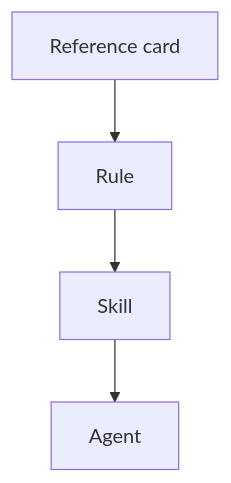
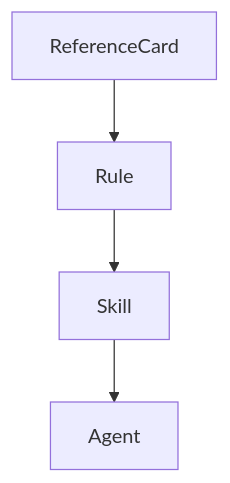
One commit to AnatoliBu/sh changed the diagram in sysadmin-analytics-agent-kb/shared/rules/diagram-usage.md. Above: the diagram before and after it, drawn with Mermaid.

Commit message:
Simplify Mermaid example

````diff
--- a/sysadmin-analytics-agent-kb/shared/rules/diagram-usage.md
+++ b/sysadmin-analytics-agent-kb/shared/rules/diagram-usage.md
@@ -30,6 +30,6 @@
 ```mermaid
-flowchart TD
-  A[Reference card] --> B[Rule]
-  B --> C[Skill]
-  C --> D[Agent]
+graph TD
+  ReferenceCard --> Rule
+  Rule --> Skill
+  Skill --> Agent
 ```
````
